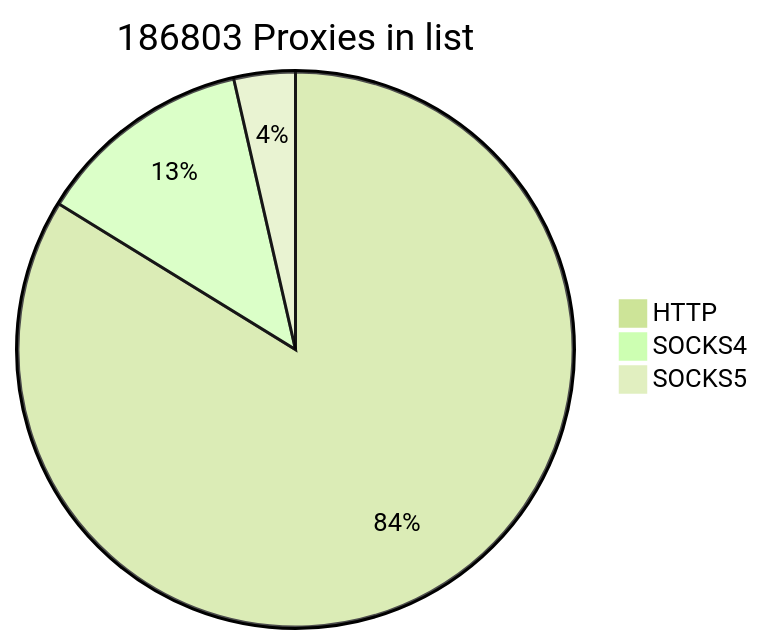
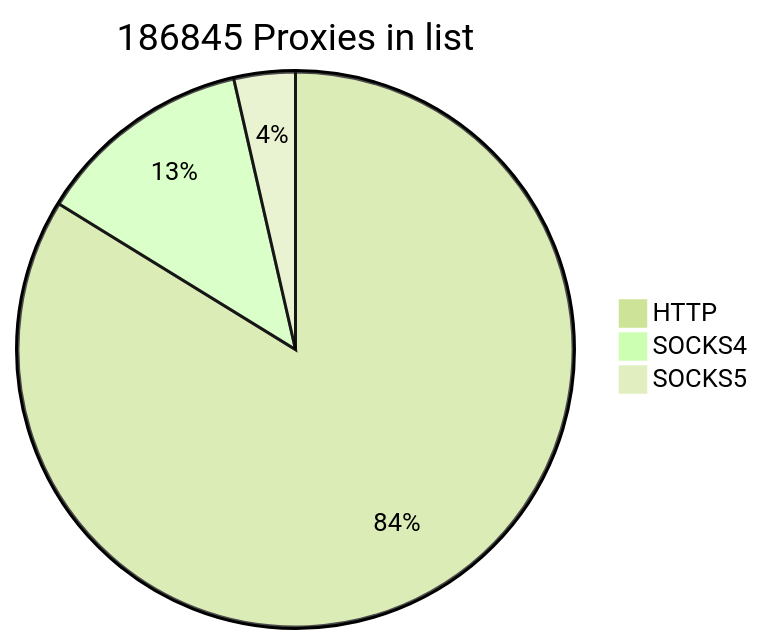
The first of 2 diagrams in README.md (cutipu/proxylist), drawn with Mermaid (forest theme) before and after one commit. The commit also changed other lines of this file, not shown here.

````diff
--- a/README.md
+++ b/README.md
@@ -2,7 +2,7 @@
 ```mermaid
-pie title 186803 Proxies in list
-    "HTTP" : 156507
-    "SOCKS4" : 23624
+pie title 186845 Proxies in list
+    "HTTP" : 156548
+    "SOCKS4" : 23625
     "SOCKS5" : 6672
             
 ```
````
